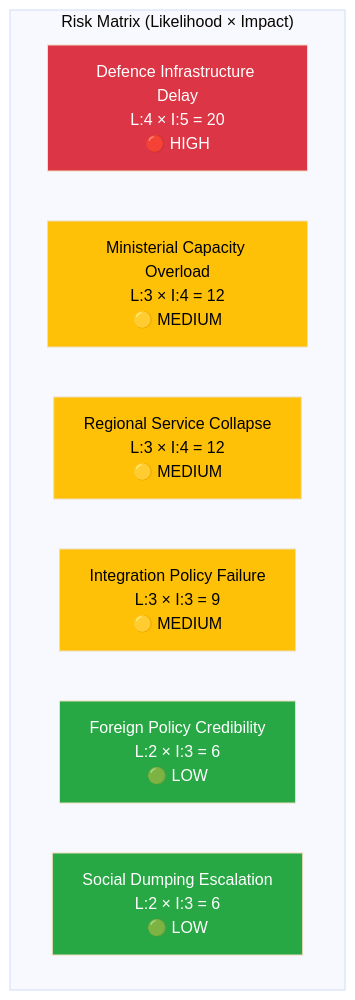
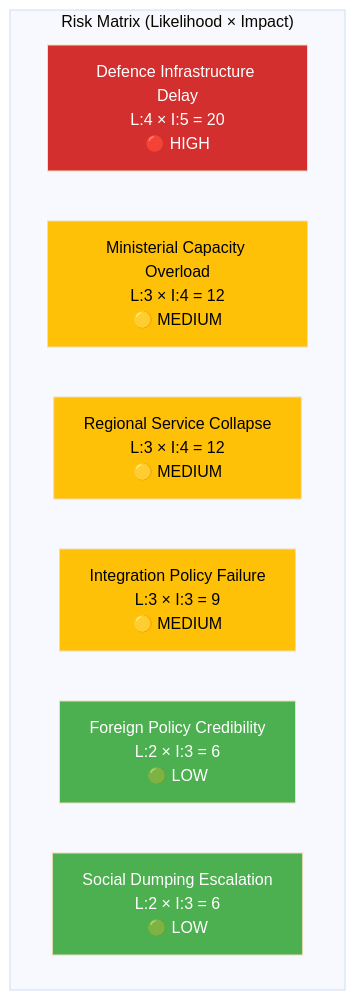
The diagram in analysis/daily/2026-04-02/interpellations/risk-assessment.md (Hack23/riksdagsmonitor), drawn with Mermaid (base theme) before and after one commit. The commit also changed 785 other files, not shown here.

First line of the commit message:
Normalize mermaid colors across 786 analysis artifacts to ISMS Style Guide palette

````diff
--- a/analysis/daily/2026-04-02/interpellations/risk-assessment.md
+++ b/analysis/daily/2026-04-02/interpellations/risk-assessment.md
@@ -13,15 +13,15 @@
 ```mermaid
 graph TD
     subgraph Risk["Risk Matrix (Likelihood × Impact)"]
         R1["Defence Infrastructure Delay<br/>L:4 × I:5 = 20<br/>🔴 HIGH"]:::high
         R2["Ministerial Capacity Overload<br/>L:3 × I:4 = 12<br/>🟡 MEDIUM"]:::medium
         R3["Regional Service Collapse<br/>L:3 × I:4 = 12<br/>🟡 MEDIUM"]:::medium
         R4["Integration Policy Failure<br/>L:3 × I:3 = 9<br/>🟡 MEDIUM"]:::medium
         R5["Foreign Policy Credibility<br/>L:2 × I:3 = 6<br/>🟢 LOW"]:::low
         R6["Social Dumping Escalation<br/>L:2 × I:3 = 6<br/>🟢 LOW"]:::low
     end
 
-    classDef high fill:#dc3545,color:#fff
-    classDef medium fill:#ffc107,color:#000
-    classDef low fill:#28a745,color:#fff
+    classDef high fill:#D32F2F,color:#FFFFFF
+    classDef medium fill:#FFC107,color:#000000
+    classDef low fill:#4CAF50,color:#FFFFFF
 ```
````
